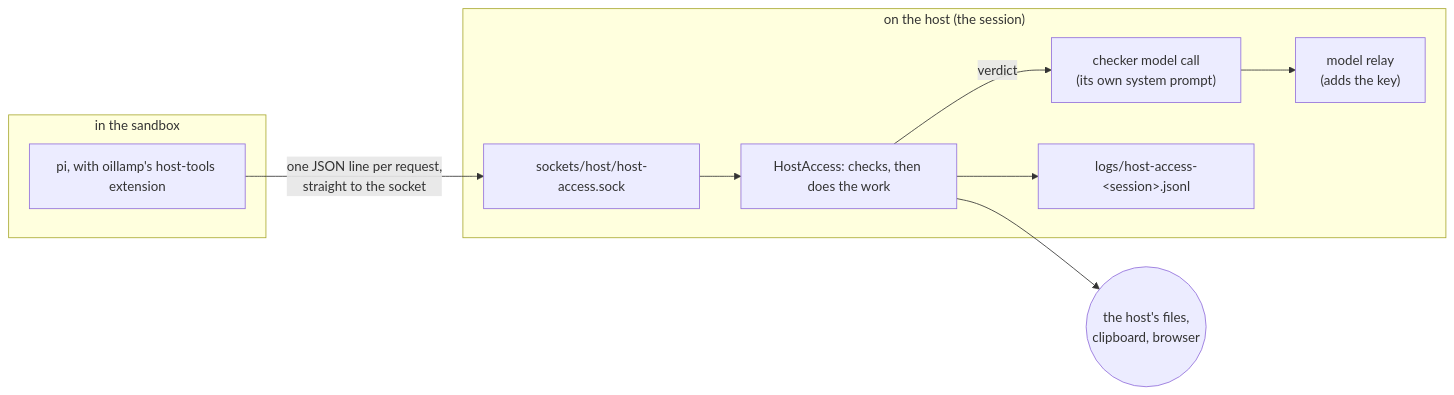
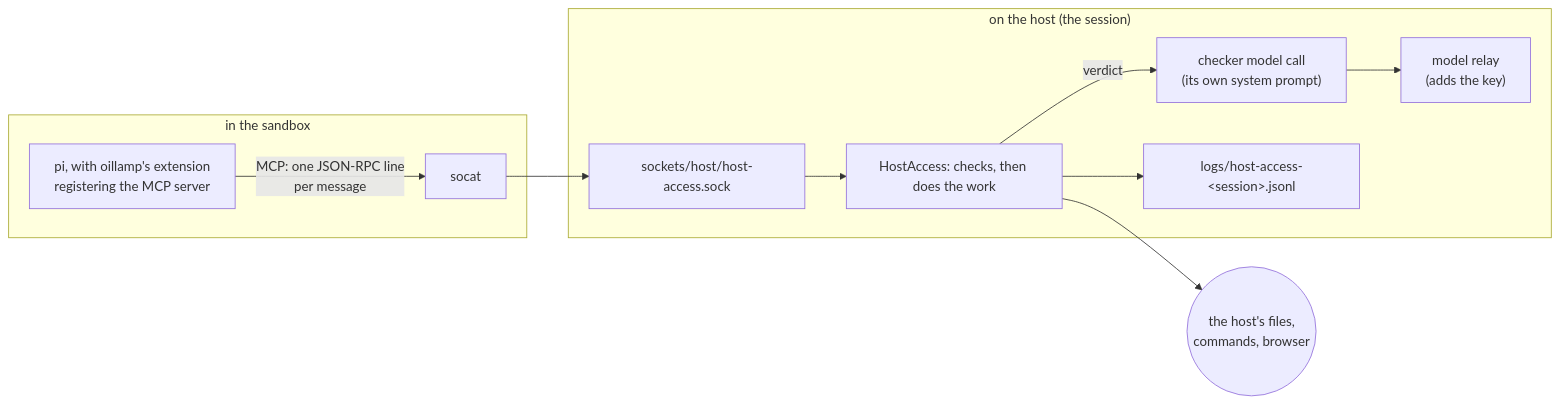
Before and after one commit to globaltcad/oillamp: the diagram in docs/HOST-ACCESS.md, drawn with Mermaid. The commit also changed other lines of this file and 34 other files, not shown here.

Commit message:
Oillamp: Host access speaks MCP, and the agent can edit files and run bash commands on the host, each call judged by the checker...

````diff
--- a/docs/HOST-ACCESS.md
+++ b/docs/HOST-ACCESS.md
@@ -52,17 +55,18 @@
 ```mermaid
 flowchart LR
     subgraph C["in the sandbox"]
-        pi["pi, with oillamp's host-tools extension"]
+        pi["pi, with oillamp's extension<br/>registering the MCP server"]
+        socat["socat"]
     end
     subgraph H["on the host (the session)"]
         sock["sockets/host/host-access.sock"]
         gate["HostAccess: checks, then does the work"]
         checker["checker model call<br/>(its own system prompt)"]
         relay["model relay<br/>(adds the key)"]
         log["logs/host-access-&lt;session&gt;.jsonl"]
     end
-    pi -->|"one JSON line per request,<br/>straight to the socket"| sock --> gate
+    pi -->|"MCP: one JSON-RPC line<br/>per message"| socat --> sock --> gate
     gate -->|verdict| checker --> relay
     gate --> log
-    gate --> host(("the host's files,<br/>clipboard, browser"))
+    gate --> host(("the host's files,<br/>commands, browser"))
 ```
````
